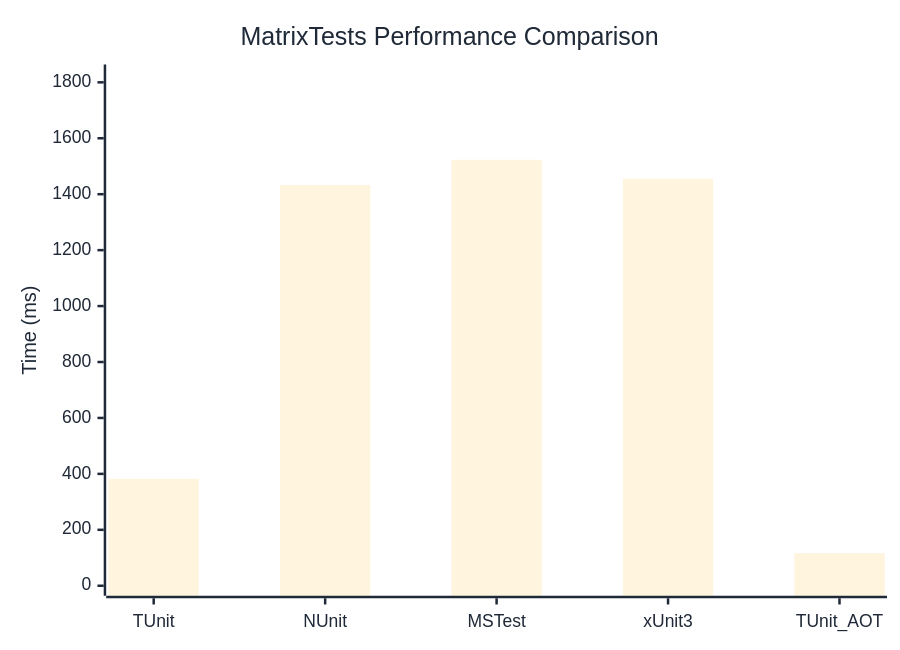
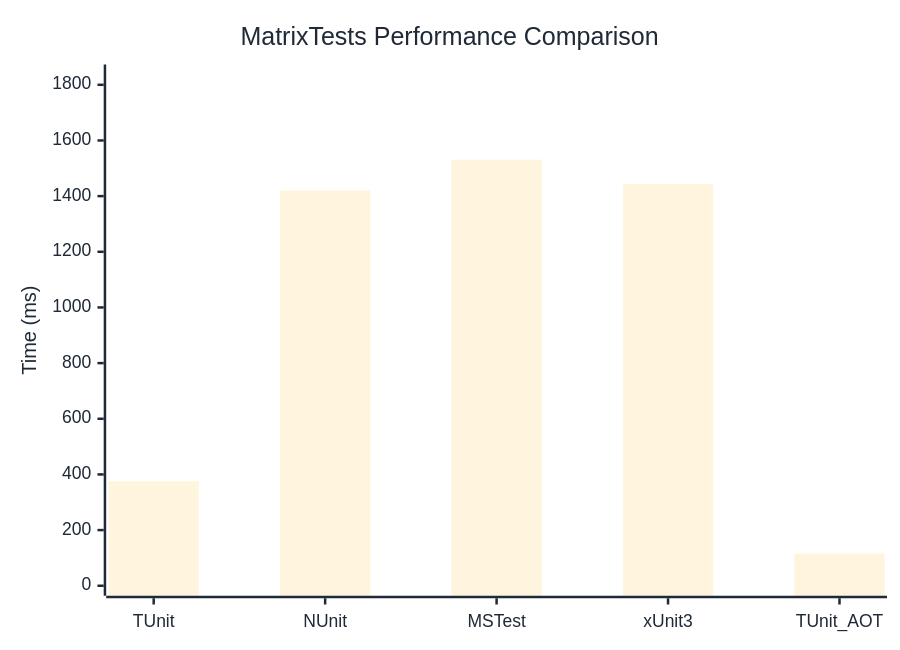
Before and after one commit to thomhurst/TUnit: the diagram in docs/docs/benchmarks/engine/MatrixTests.md, drawn with Mermaid. The commit also changed other lines of this file and 18 other files, not shown here.

````diff
--- a/docs/docs/benchmarks/engine/MatrixTests.md
+++ b/docs/docs/benchmarks/engine/MatrixTests.md
@@ -29,37 +29,37 @@
 ```mermaid
 %%{init: {
   'theme':'base',
   'themeVariables': {
     'primaryColor': '#2563eb',
     'primaryTextColor': '#1f2937',
     'primaryBorderColor': '#1e40af',
     'lineColor': '#6b7280',
     'secondaryColor': '#7c3aed',
     'tertiaryColor': '#dc2626',
     'background': '#ffffff',
     'mainBkg': '#2563eb',
     'secondBkg': '#7c3aed',
     'tertiaryBkg': '#dc2626',
     'clusterBkg': '#f3f4f6',
     'edgeLabelBackground': '#ffffff',
     'tertiaryTextColor': '#1f2937',
     'pie1': '#2563eb',
     'pie2': '#7c3aed',
     'pie3': '#dc2626',
     'pie4': '#f59e0b',
     'pie5': '#10b981',
     'pie6': '#06b6d4',
     'pie7': '#ec4899',
     'pie8': '#6366f1',
     'pie9': '#84cc16',
     'pie10': '#f97316',
     'pie11': '#14b8a6',
     'pie12': '#a855f7'
   }
 }}%%
 xychart-beta
   title "MatrixTests Performance Comparison"
   x-axis ["TUnit", "NUnit", "MSTest", "xUnit3", "TUnit_AOT"]
-  y-axis "Time (ms)" 0 --> 1828
-  bar [382.4, 1432.9, 1523.1, 1455.4, 116.1]
+  y-axis "Time (ms)" 0 --> 1837
+  bar [375.1, 1420.2, 1530.7, 1443.5, 115.4]
 ```
````
